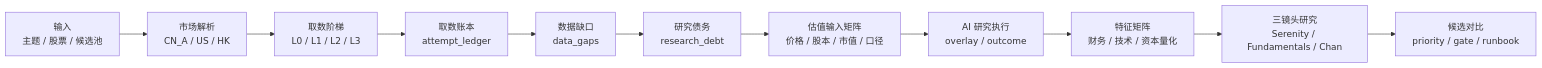
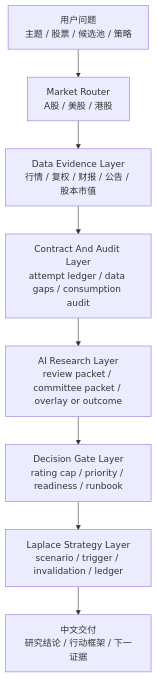
Before and after one commit to lucisxu6-cpu/serenity-chan: the first of 2 diagrams in README.md, drawn with Mermaid. The commit also changed other lines of this file and 18 other files, not shown here.

Commit message:
Add strategy companion and improve README architecture

````diff
--- a/README.md
+++ b/README.md
@@ -24,13 +28,10 @@
 ```mermaid
-flowchart LR
-  A["输入<br/>主题 / 股票 / 候选池"] --> B["市场解析<br/>CN_A / US / HK"]
-  B --> C["取数阶梯<br/>L0 / L1 / L2 / L3"]
-  C --> D["取数账本<br/>attempt_ledger"]
-  D --> E["数据缺口<br/>data_gaps"]
-  E --> F["研究债务<br/>research_debt"]
-  F --> G["估值输入矩阵<br/>价格 / 股本 / 市值 / 口径"]
-  G --> H["AI 研究执行<br/>overlay / outcome"]
-  H --> I["特征矩阵<br/>财务 / 技术 / 资本量化"]
-  I --> J["三镜头研究<br/>Serenity / Fundamentals / Chan"]
-  J --> K["候选对比<br/>priority / gate / runbook"]
+flowchart TB
+  A["用户问题<br/>主题 / 股票 / 候选池 / 策略"] --> B["Market Router<br/>A股 / 美股 / 港股"]
+  B --> C["Data Evidence Layer<br/>行情 / 复权 / 财报 / 公告 / 股本市值"]
+  C --> D["Contract And Audit Layer<br/>attempt ledger / data gaps / consumption audit"]
+  D --> E["AI Research Layer<br/>review packet / committee packet / overlay or outcome"]
+  E --> F["Decision Gate Layer<br/>rating cap / priority / readiness / runbook"]
+  F --> G["Laplace Strategy Layer<br/>scenario / trigger / invalidation / ledger"]
+  G --> H["中文交付<br/>研究结论 / 行动框架 / 下一证据"]
 ```
````
